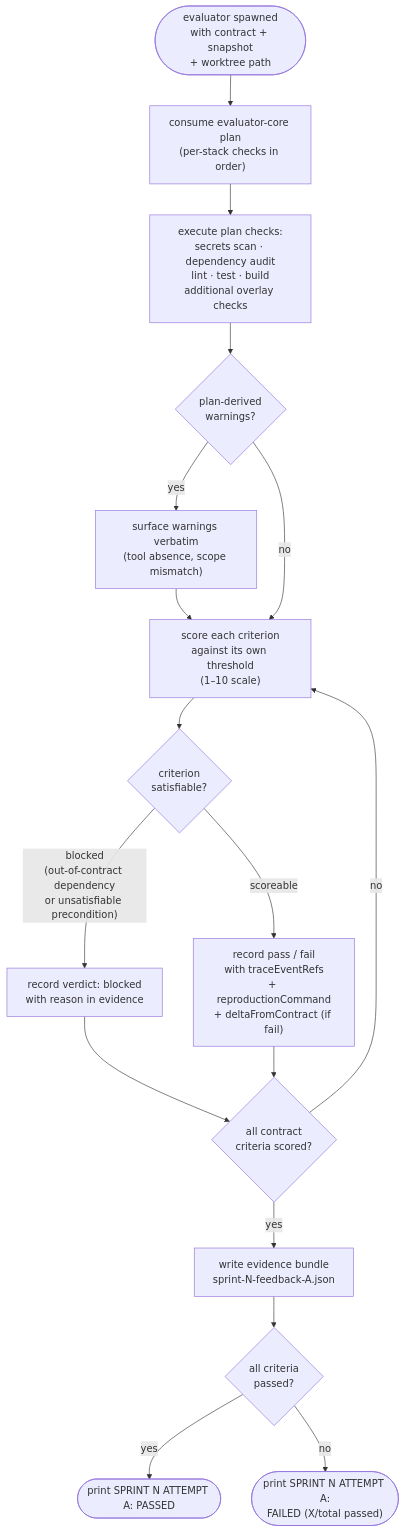
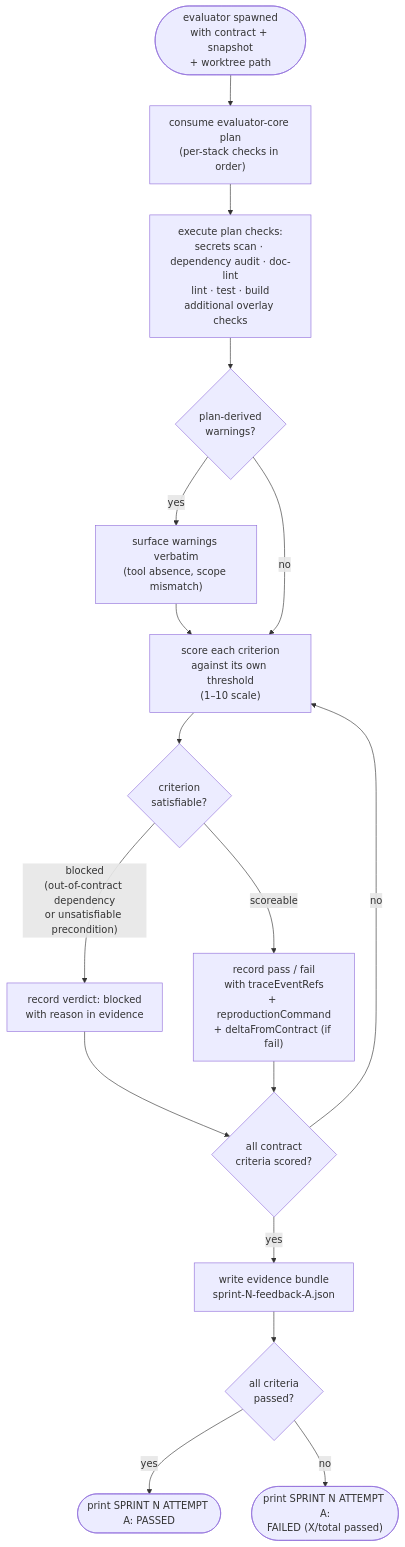
One commit to Thomas-AppForceOne/ClaudeAgents changed the fifth of 5 diagrams in documentation/agent-layer.md. Above: the diagram before and after it, drawn with Mermaid. The commit also changed 28 other files, not shown here.

````diff
--- a/documentation/agent-layer.md
+++ b/documentation/agent-layer.md
@@ -239,34 +239,34 @@
 ```mermaid
 flowchart TD
     START(["evaluator spawned\nwith contract + snapshot\n+ worktree path"])
     PLAN["consume evaluator-core plan\n(per-stack checks in order)"]
-    RUN_CHECKS["execute plan checks:\nsecrets scan · dependency audit\nlint · test · build\nadditional overlay checks"]
+    RUN_CHECKS["execute plan checks:\nsecrets scan · dependency audit · doc-lint\nlint · test · build\nadditional overlay checks"]
     WARN{"plan-derived\nwarnings?"}
     SURFACE_WARN["surface warnings verbatim\n(tool absence, scope mismatch)"]
     SCORE["score each criterion\nagainst its own threshold\n(1–10 scale)"]
     CRITERION{"criterion\nsatisfiable?"}
     RECORD_BLOCKED["record verdict: blocked\nwith reason in evidence"]
     RECORD_VERDICT["record pass / fail\nwith traceEventRefs\n+ reproductionCommand\n+ deltaFromContract (if fail)"]
     ALL_DONE{"all contract\ncriteria scored?"}
     WRITE_BUNDLE["write evidence bundle\nsprint-N-feedback-A.json"]
     CHECK_RESULT{"all criteria\npassed?"}
     PASSED(["print SPRINT N ATTEMPT A: PASSED"])
     FAILED(["print SPRINT N ATTEMPT A:\nFAILED (X/total passed)"])
 
     START --> PLAN
     PLAN --> RUN_CHECKS
     RUN_CHECKS --> WARN
     WARN -->|"yes"| SURFACE_WARN
     SURFACE_WARN --> SCORE
     WARN -->|"no"| SCORE
     SCORE --> CRITERION
     CRITERION -->|"blocked\n(out-of-contract dependency\nor unsatisfiable precondition)"| RECORD_BLOCKED
     CRITERION -->|"scoreable"| RECORD_VERDICT
     RECORD_BLOCKED --> ALL_DONE
     RECORD_VERDICT --> ALL_DONE
     ALL_DONE -->|"no"| SCORE
     ALL_DONE -->|"yes"| WRITE_BUNDLE
     WRITE_BUNDLE --> CHECK_RESULT
     CHECK_RESULT -->|"yes"| PASSED
     CHECK_RESULT -->|"no"| FAILED
 ```
````
